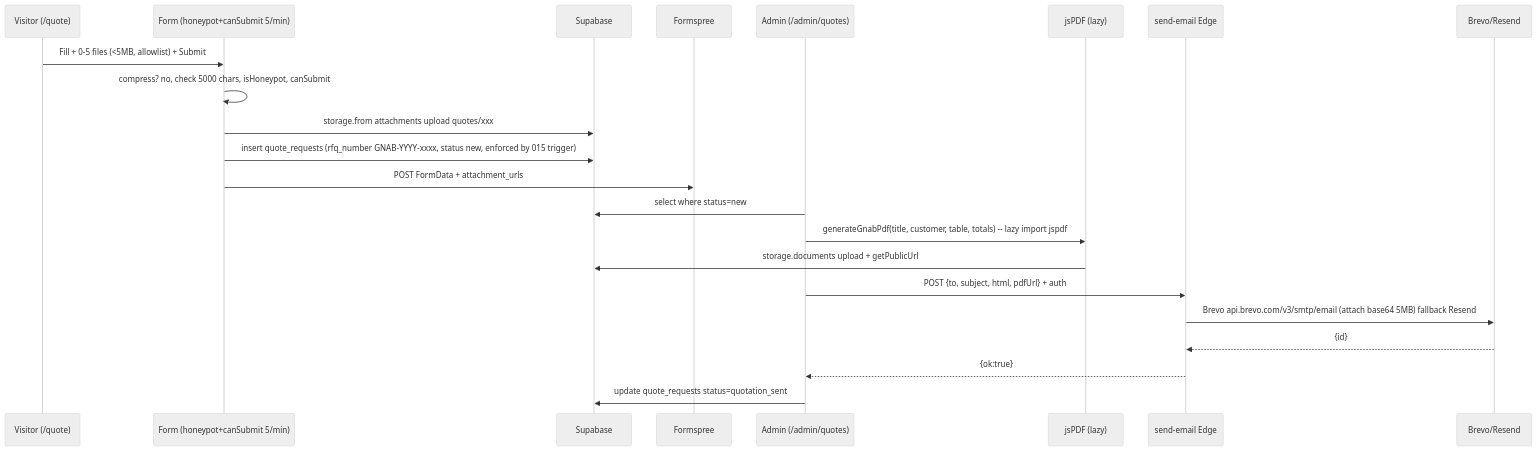
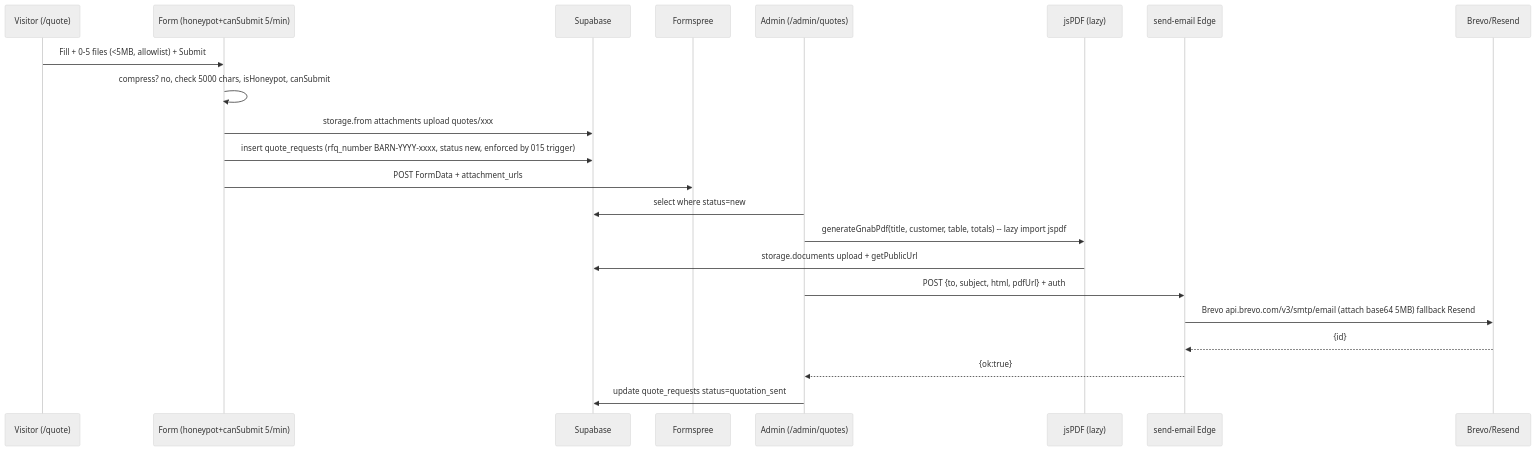
One commit to gabrielbarnor4-beep/gnab-solutions changed the fourth of 6 diagrams in gnab-solutions_build_roadmap.md. Above: the diagram before and after it, drawn with Mermaid (neutral theme). The commit also changed other lines of this file and 63 other files, not shown here.

````diff
--- a/gnab-solutions_build_roadmap.md
+++ b/gnab-solutions_build_roadmap.md
@@ -596,25 +596,25 @@
 ```mermaid
 sequenceDiagram
     participant V as Visitor (/quote)
     participant F as Form (honeypot+canSubmit 5/min)
     participant S as Supabase
     participant FS as Formspree
     participant A as Admin (/admin/quotes)
     participant PDF as jsPDF (lazy)
     participant E as send-email Edge
     participant B as Brevo/Resend
 
     V->>F: Fill + 0-5 files (<5MB, allowlist) + Submit
     F->>F: compress? no, check 5000 chars, isHoneypot, canSubmit
     F->>S: storage.from attachments upload quotes/xxx
-    F->>S: insert quote_requests (rfq_number GNAB-YYYY-xxxx, status new, enforced by 015 trigger)
+    F->>S: insert quote_requests (rfq_number BARN-YYYY-xxxx, status new, enforced by 015 trigger)
     F->>FS: POST FormData + attachment_urls
     A->>S: select where status=new
     A->>PDF: generateGnabPdf(title, customer, table, totals) -- lazy import jspdf
     PDF->>S: storage.documents upload + getPublicUrl
     A->>E: POST {to, subject, html, pdfUrl} + auth
     E->>B: Brevo api.brevo.com/v3/smtp/email (attach base64 5MB) fallback Resend
     B-->>E: {id}
     E-->>A: {ok:true}
     A->>S: update quote_requests status=quotation_sent
 ```
````
